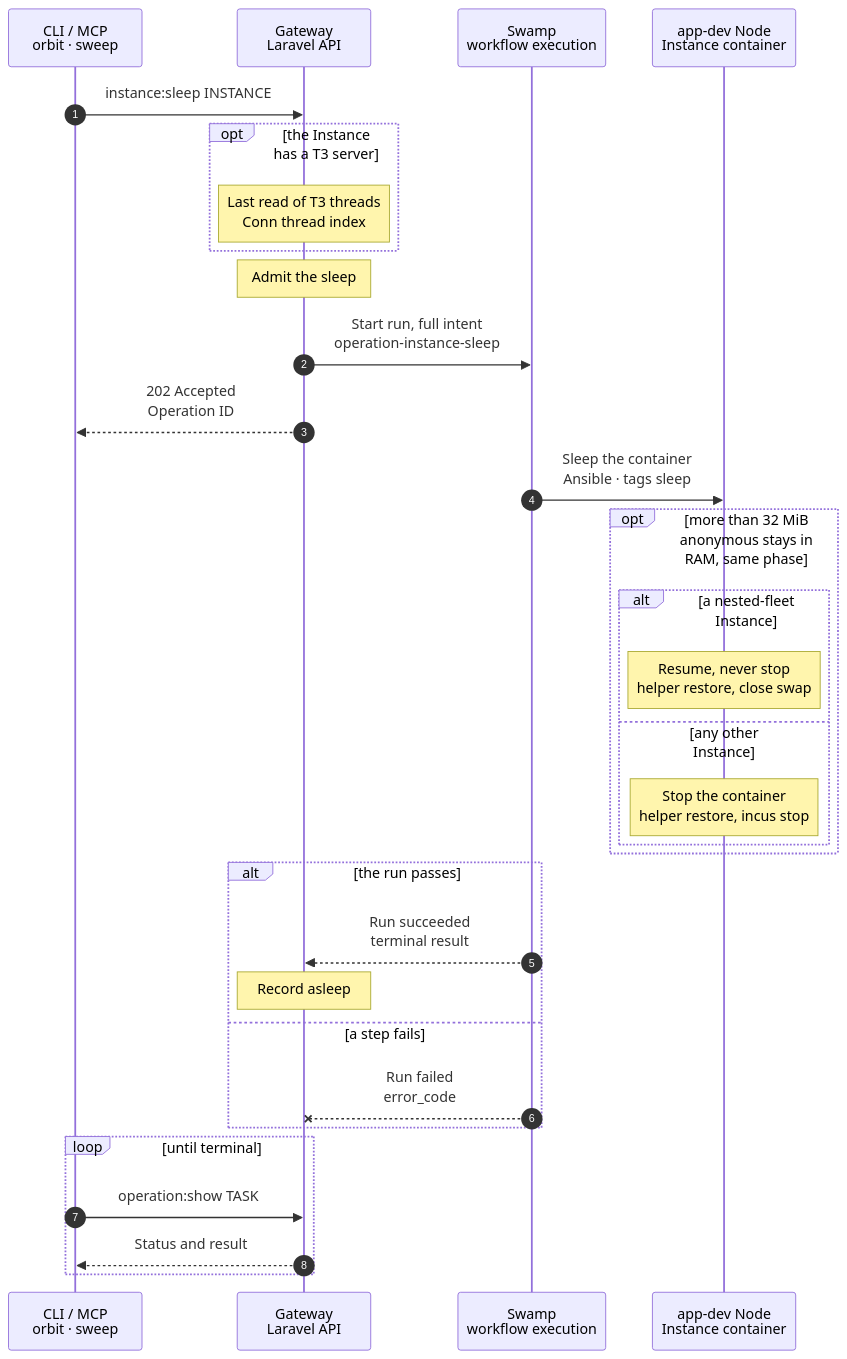
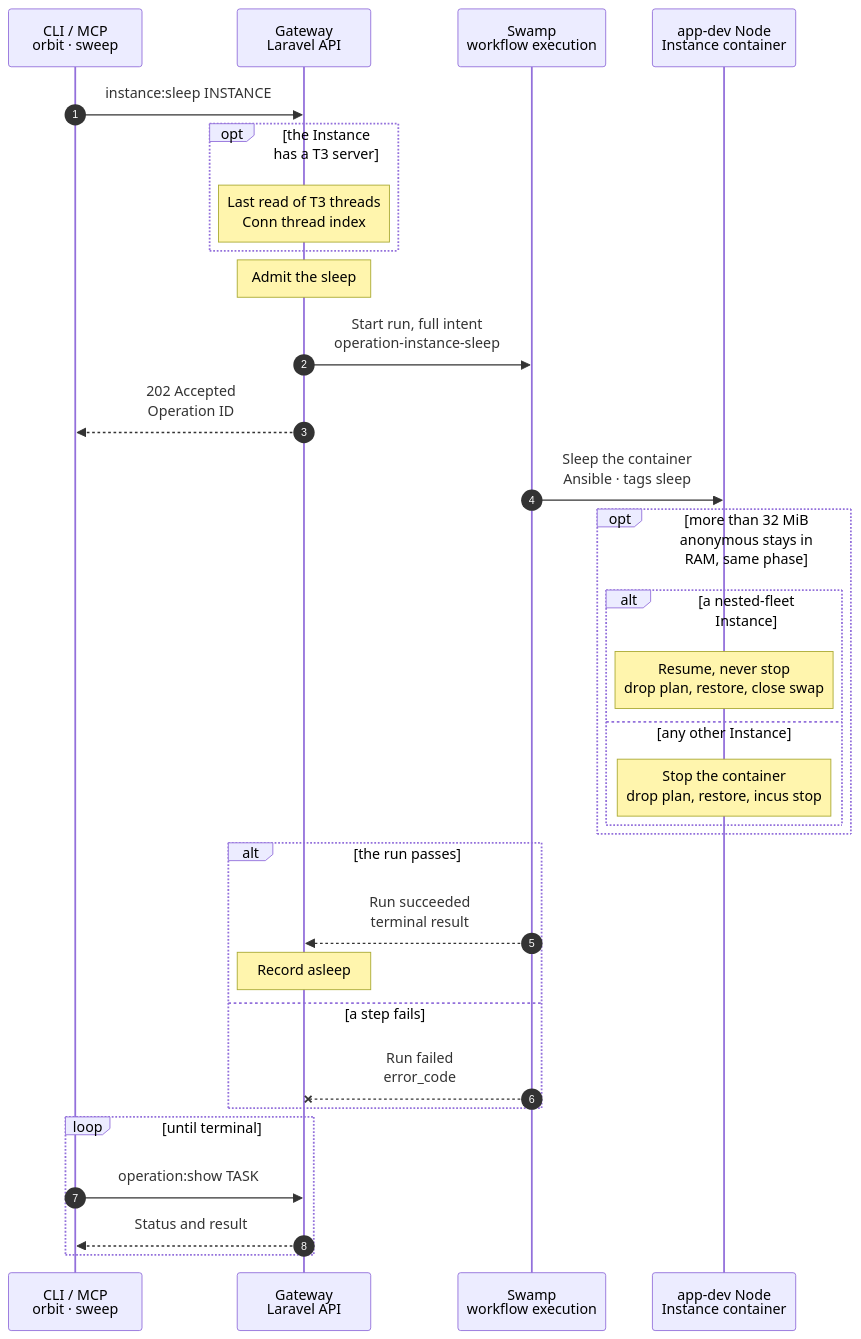
The diagram in docs/cli/instance/sleep.mmd (hardimpactdev/orbit), drawn with Mermaid before and after one commit. The commit also changed 6 other files, not shown here.

First line of the commit message:
docs(instances): renumber the prepared restore ADR to 0261 and close review findings

```diff
--- a/docs/cli/instance/sleep.mmd
+++ b/docs/cli/instance/sleep.mmd
@@ -1,98 +1,99 @@
 sequenceDiagram
-  %% Container runtime (ADR 0250 step 8, ADR 0259, docs/reference/development-containers.md#sleep-and-wake, docs/reference/prepared-restore.md): freeze a development container, record the pages its processes had resident, move its memory to swap and leave its Route on the wake page. Defaults and nested-fleet Instances sleep under the same rule as clones (owner decision 2026-11-14). The hibernation sweep admits the same kind after an idle hour; the command admits it at once.
+  %% Container runtime (ADR 0250 step 8, ADR 0261, docs/reference/development-containers.md#sleep-and-wake, docs/reference/prepared-restore.md): freeze a development container, record the pages its processes had resident, move its memory to swap and leave its Route on the wake page. Defaults and nested-fleet Instances sleep under the same rule as clones (owner decision 2026-11-14). The hibernation sweep admits the same kind after an idle hour; the command admits it at once.
   %% status: draft
   %% command: instance:sleep
   %% kind: instance.sleep
   autonumber
   %% lane CLI icon=terminal pill=caller tone=gray
   %% lane GW icon=gateway pill=intent tone=blue
   %% lane SW icon=workflow pill=executes tone=green
   %% lane N icon=server pill=target tone=amber
   participant CLI as CLI / MCP<br/>orbit · sweep
   participant GW as Gateway<br/>Laravel API
   participant SW as Swamp<br/>workflow execution
   participant N as app-dev Node<br/>Instance container
   CLI->>GW: instance:sleep INSTANCE
   %%> Command:
   %%> - `orbit instance:sleep INSTANCE`
   %%> - syntax: `<instance-id> [--json]`
   %%> Callers:
   %%> - the command, at once
   %%> - the idle sleep of the runtime hibernator, every 10 min, after it read no HTTP, wake or deployment activity for an hour and, for an Instance with a T3 server, no T3 activity and no running turn (docs/reference/development-containers.md#sleep-and-wake)
   opt the Instance has a T3 server
     Note over GW: Last read of T3 threads<br/>Conn thread index
     %%> When:
     %%> - after the refusals and the replay of a repeated request, before the Instance lock; within 3 seconds
     %%> - only while Conn and its index switch `ORBIT_CONN_THREAD_INDEX_POLL` are on; the sleep setting does not matter
     %%> - a default has no T3 server: nothing to read
     %%> What it does:
     %%> - reads the container T3 server's threads once more, so the index keeps them while the Instance sleeps (docs/reference/conn.md#thread-index)
     %%> On failure:
     %%> - the index keeps its earlier rows; the sleep goes on
   end
   Note over GW: Admit the sleep
   %%> When:
   %%> - an active development container, a default and a nested-fleet Instance included; take the Instance lock
   %%> On failure:
   %%> - no container, a non-development Instance, an active task or lifecycle work starts no run
   GW->>SW: Start run, full intent<br/>operation-instance-sleep
   GW-->>CLI: 202 Accepted<br/>Operation ID
   SW->>N: Sleep the container<br/>Ansible · tags sleep
   %%> What it does:
   %%> - one phase: checks that Caddy's loaded site of the Instance has the asleep rule, else `instance.sleep_route_unready`; an Instance without a published Route has no site and nothing to check; the intent's `route` says which
   %%> - writes the asleep marker, so each request from now on gets the wake page
   %%> - installs the power helper from this commit when it differs, then runs `orbit-instance-power prepare` as the unit `orbit-instance-power-<id>`, the Instance's lock; a busy lock is retried 0.25 s apart, 40 times
-  %%> - prepare: removes the earlier plan; reads the state from Incus; writes `max` to `memory.swap.max` of every cgroup of the subtree that holds 0 and records them in `limits.json` before the pause; `incus pause`
+  %%> - prepare reads the state from Incus first; running: removes the earlier plan and `sleep.json`, writes `max` to `memory.swap.max` of every cgroup of the subtree that holds 0 and records them in `limits.json` before the pause; `incus pause`
   %%> - prepare, frozen: lists `cgroup.procs` of the whole subtree, every process alike, and records each one's identity and the resident pages of its readable mappings; publishes the plan atomically; one `memory.reclaim`
   %%> - then reads `memory.stat` until anonymous and file memory are 0, 20 reads 0.1 s apart; the last read is what stays in RAM
-  %%> - a frozen container stays as it is and reports its earlier sleep; a stopped one stays stopped, `not_applicable`
+  %%> - a frozen container stays as it is, keeps its plan for the next wake and reports the earlier sleep's result from `sleep.json`; a stopped one stays stopped, its old plan is discarded, `not_applicable`
+  %%> - a busy lock is only systemd's `UnitExists` refusal; a helper crash fails the phase with `instance.power_helper_failed`, never retried
   %%> - a nested-fleet Instance gets no plan: `skipped`, `placement_unproven`
   %%> Why:
   %%> - one phase: each Ansible start costs about 4 s
   %%> - the marker comes before the freeze: a request during the freeze gets the wake page, not a hang
   %%> - the plan is taken frozen, so it is exact; the reclaim follows it, so nothing stays in RAM by design
   %%> - with only the outer cgroup open, 1,531 MiB of a nested default stayed in RAM: a cgroup with 0 keeps its pages
   %%> Not included:
   %%> - no HTTP request, no command in the container, no app file read, no route or process-name choice
   %%> On failure:
   %%> - a capture that is unsupported, too large (docs/reference/prepared-restore.md#bounds) or too slow leaves no plan; the sleep goes on, `skipped` with its reason
   %%> - a failed swap write or pause closes each limit it opened and removes the marker, `instance.container_freeze_failed`; the container serves as before
   opt more than 32 MiB anonymous stays in RAM, same phase
     alt a nested-fleet Instance
-      Note over N: Resume, never stop<br/>helper restore, close swap
+      Note over N: Resume, never stop<br/>drop plan, restore, close swap
       %%> Why:
       %%> - a stop loses the Club key in /run and the tunnel `wg-nested`; only a deployment or a start gives them back
       %%> Result:
       %%> - the container runs again, swap closes on each cgroup the freeze opened, the marker goes; the run fails `instance.container_freeze_failed`
       %%> - the Instance serves as before; free swap and run the command again
     else any other Instance
-      Note over N: Stop the container<br/>helper restore, incus stop
+      Note over N: Stop the container<br/>drop plan, restore, incus stop
       %%> Why:
       %%> - swap is full; a frozen container would hold RAM, which a sleep exists to free
       %%> Result:
-      %%> - `sleep: stopped`; the restore consumed the plan, `skipped`, `stopped`; the next wake boots it behind the same marker
+      %%> - `sleep: stopped`; `discard --plan-only` dropped the plan before the resume, so no prefetch ran while swap is full; `skipped`, `stopped`; the next wake boots it behind the same marker
       %%> On failure:
       %%> - the resumed container runs: swap closes again, the marker goes, `instance.container_freeze_failed`
     end
   end
   alt the run passes
     %% path: main
     SW-->>GW: Run succeeded<br/>terminal result
     Note over GW: Record asleep
     %%> Result:
     %%> - the runtime's `power_state` is `stopped` for a frozen and a stopped container; the result says `sleep: frozen` or `sleep: stopped`, and `swap_subtree`, the number of inner cgroups the freeze opened
     %%> - `prepared_restore`: `ready` with the plan's processes, bytes and `prepare_seconds`, or `unsupported`, `skipped` or `not_applicable` with a reason; `residual_anon_bytes` and `residual_file_bytes` from the last read
     %%> - `t3_turn` is `idle` when the idle sleep read T3 first, `no_server` for an Instance without a T3 server, whoever started the sleep, and `not_checked` for the command
     %%> - the Conn layer shows its T3 server asleep; the hourly renewal skips it
   else a step fails
     %% path: failed
     SW--xGW: Run failed<br/>error_code
     %%> Result:
     %%> - `power_state` stays as it was. A marker left on a running container is harmless: the next request wakes the Instance, which removes it
     %%> Retry:
     %%> - the same command again
   end
   loop until terminal
     CLI->>GW: operation:show TASK
     GW-->>CLI: Status and result
   end
```
